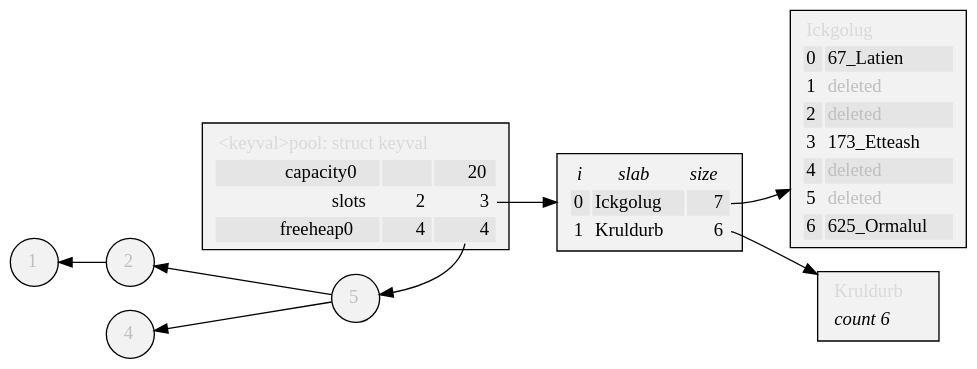
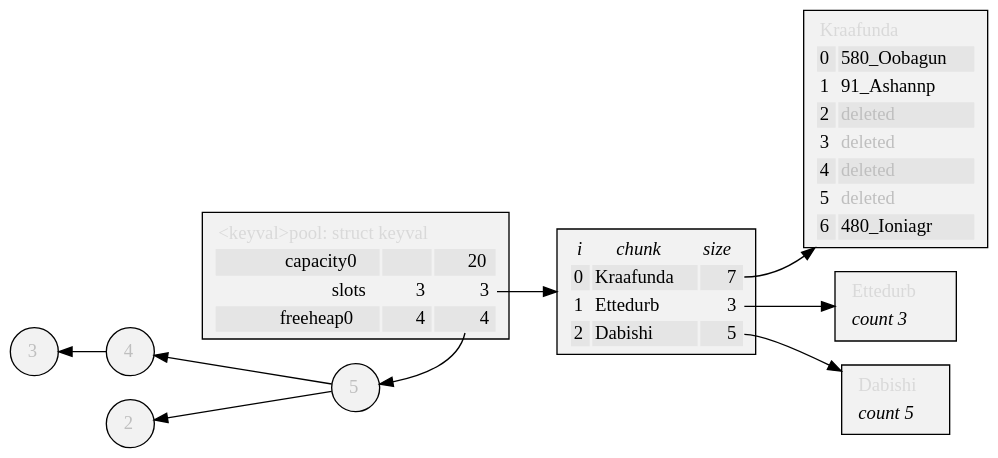
Before and after one commit to neil-edelman/boxes: the diagram in doc/kvpool.gv, drawn with Graphviz. The commit also changed 6 other files, not shown here.

```diff
--- a/doc/kvpool.gv
+++ b/doc/kvpool.gv
@@ -1,91 +1,102 @@
 digraph {
 	graph [rankdir=LR, truecolor=true, bgcolor=transparent, fontface=modern];
 	node [shape=box, style=filled, fillcolor="Gray95"];
 	free0_0 [label=<<FONT COLOR="Gray75">5</FONT>>, shape=circle];
-	free0_1 [label=<<FONT COLOR="Gray75">2</FONT>>, shape=circle];
+	free0_1 [label=<<FONT COLOR="Gray75">4</FONT>>, shape=circle];
 	free0_1 -> free0_0 [dir=back];
-	free0_2 [label=<<FONT COLOR="Gray75">4</FONT>>, shape=circle];
+	free0_2 [label=<<FONT COLOR="Gray75">2</FONT>>, shape=circle];
 	free0_2 -> free0_0 [dir=back];
-	free0_3 [label=<<FONT COLOR="Gray75">1</FONT>>, shape=circle];
+	free0_3 [label=<<FONT COLOR="Gray75">3</FONT>>, shape=circle];
 	free0_3 -> free0_1 [dir=back];
 	{rank=same; pool; free0_0; }
 	pool:free -> free0_0;
 	pool [label=<
 <TABLE BORDER="0">
 	<TR><TD COLSPAN="3" ALIGN="LEFT"><FONT COLOR="Gray85">&lt;keyval&gt;pool: struct keyval</FONT></TD></TR>
 	<TR>
 		<TD BORDER="0" ALIGN="RIGHT" BGCOLOR="Gray90">capacity0</TD>
 		<TD BORDER="0" BGCOLOR="Gray90">&#8205;</TD>
 		<TD BORDER="0" ALIGN="RIGHT" BGCOLOR="Gray90">20</TD>
 	</TR>
 	<TR>
 		<TD BORDER="0" ALIGN="RIGHT">slots</TD>
-		<TD BORDER="0" ALIGN="RIGHT">2</TD>
+		<TD BORDER="0" ALIGN="RIGHT">3</TD>
 		<TD PORT="slots" BORDER="0" ALIGN="RIGHT">3</TD>
 	</TR>
 	<TR>
 		<TD BORDER="0" ALIGN="RIGHT" BGCOLOR="Gray90">freeheap0</TD>
 		<TD BORDER="0" ALIGN="RIGHT" BGCOLOR="Gray90">4</TD>
 		<TD PORT="free" BORDER="0" ALIGN="RIGHT" BGCOLOR="Gray90">4</TD>
 	</TR>
 </TABLE>>];
 	pool:slots -> slots;
 	slots [label = <
 <TABLE BORDER="0">
 	<TR>
 		<TD BORDER="0"><FONT FACE="Times-Italic">i</FONT></TD>
-		<TD BORDER="0"><FONT FACE="Times-Italic">slab</FONT></TD>
+		<TD BORDER="0"><FONT FACE="Times-Italic">chunk</FONT></TD>
 		<TD BORDER="0"><FONT FACE="Times-Italic">size</FONT></TD>
 	</TR>
 	<TR>
 		<TD ALIGN="RIGHT" BGCOLOR="Gray90">0</TD>
-		<TD ALIGN="LEFT" BGCOLOR="Gray90">Ickgolug</TD>
+		<TD ALIGN="LEFT" BGCOLOR="Gray90">Kraafunda</TD>
 		<TD PORT="0" ALIGN="RIGHT" BGCOLOR="Gray90">7</TD>
 	</TR>
 	<TR>
 		<TD ALIGN="RIGHT">1</TD>
-		<TD ALIGN="LEFT">Kruldurb</TD>
-		<TD PORT="1" ALIGN="RIGHT">6</TD>
+		<TD ALIGN="LEFT">Ettedurb</TD>
+		<TD PORT="1" ALIGN="RIGHT">3</TD>
+	</TR>
+	<TR>
+		<TD ALIGN="RIGHT" BGCOLOR="Gray90">2</TD>
+		<TD ALIGN="LEFT" BGCOLOR="Gray90">Dabishi</TD>
+		<TD PORT="2" ALIGN="RIGHT" BGCOLOR="Gray90">5</TD>
 	</TR>
 </TABLE>>];
-	slots:0 -> slab0;
-	slab0 [label=<
+	slots:0 -> chunk0;
+	chunk0 [label=<
 <TABLE BORDER="0">
-	<TR><TD COLSPAN="2" ALIGN="LEFT"><FONT COLOR="Gray85">Ickgolug</FONT></TD></TR>
+	<TR><TD COLSPAN="2" ALIGN="LEFT"><FONT COLOR="Gray85">Kraafunda</FONT></TD></TR>
 	<TR>
 		<TD PORT="0" ALIGN="RIGHT" BGCOLOR="Gray90">0</TD>
-		<TD ALIGN="LEFT" BGCOLOR="Gray90">67_Latien</TD>
+		<TD ALIGN="LEFT" BGCOLOR="Gray90">580_Oobagun</TD>
 	</TR>
 	<TR>
 		<TD PORT="1" ALIGN="RIGHT">1</TD>
-		<TD ALIGN="LEFT"><FONT COLOR="Gray75">deleted</FONT></TD>
+		<TD ALIGN="LEFT">91_Ashannp</TD>
 	</TR>
 	<TR>
 		<TD PORT="2" ALIGN="RIGHT" BGCOLOR="Gray90">2</TD>
 		<TD ALIGN="LEFT" BGCOLOR="Gray90"><FONT COLOR="Gray75">deleted</FONT></TD>
 	</TR>
 	<TR>
 		<TD PORT="3" ALIGN="RIGHT">3</TD>
-		<TD ALIGN="LEFT">173_Etteash</TD>
+		<TD ALIGN="LEFT"><FONT COLOR="Gray75">deleted</FONT></TD>
 	</TR>
 	<TR>
 		<TD PORT="4" ALIGN="RIGHT" BGCOLOR="Gray90">4</TD>
 		<TD ALIGN="LEFT" BGCOLOR="Gray90"><FONT COLOR="Gray75">deleted</FONT></TD>
 	</TR>
 	<TR>
 		<TD PORT="5" ALIGN="RIGHT">5</TD>
 		<TD ALIGN="LEFT"><FONT COLOR="Gray75">deleted</FONT></TD>
 	</TR>
 	<TR>
 		<TD PORT="6" ALIGN="RIGHT" BGCOLOR="Gray90">6</TD>
-		<TD ALIGN="LEFT" BGCOLOR="Gray90">625_Ormalul</TD>
+		<TD ALIGN="LEFT" BGCOLOR="Gray90">480_Ioniagr</TD>
 	</TR>
 </TABLE>>];
-	slots:1 -> slab1;
-	slab1 [label=<
+	slots:1 -> chunk1;
+	chunk1 [label=<
 <TABLE BORDER="0">
-	<TR><TD COLSPAN="2" ALIGN="LEFT"><FONT COLOR="Gray85">Kruldurb</FONT></TD></TR>
-	<TR><TD COLSPAN="2" ALIGN="LEFT"><FONT FACE="Times-Italic">count 6</FONT></TD></TR>
+	<TR><TD COLSPAN="2" ALIGN="LEFT"><FONT COLOR="Gray85">Ettedurb</FONT></TD></TR>
+	<TR><TD COLSPAN="2" ALIGN="LEFT"><FONT FACE="Times-Italic">count 3</FONT></TD></TR>
+</TABLE>>];
+	slots:2 -> chunk2;
+	chunk2 [label=<
+<TABLE BORDER="0">
+	<TR><TD COLSPAN="2" ALIGN="LEFT"><FONT COLOR="Gray85">Dabishi</FONT></TD></TR>
+	<TR><TD COLSPAN="2" ALIGN="LEFT"><FONT FACE="Times-Italic">count 5</FONT></TD></TR>
 </TABLE>>];
 	node [fillcolour=red];
 }
```
